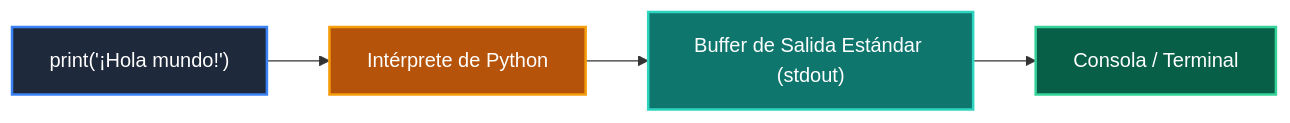
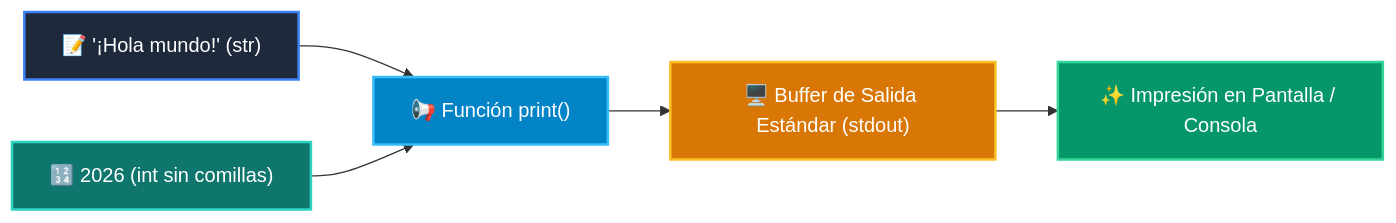
The diagram in 01-fundamentos-python/clase-01-panorama-general/ejemplos/ejemplo_01_print_y_mensajes/README.md (wisrovi/wisrovi-python), drawn with Mermaid before and after one commit. The commit also changed other lines of this file and 54 other files, not shown here.

Commit message:
refactor: clean repository root by moving maintenance scripts to scripts/ and restore rich high-contrast Mermaid diagrams for all classes and examples

````diff
--- a/01-fundamentos-python/clase-01-panorama-general/ejemplos/ejemplo_01_print_y_mensajes/README.md
+++ b/01-fundamentos-python/clase-01-panorama-general/ejemplos/ejemplo_01_print_y_mensajes/README.md
@@ -12,11 +12,13 @@
 ```mermaid
 flowchart LR
-    CODE["print('¡Hola mundo!')"] --> INT["Intérprete de Python"]
-    INT --> BUF["Buffer de Salida Estándar (stdout)"]
-    BUF --> CON["Consola / Terminal"]
+    TXT["📝 '¡Hola mundo!' (str)"] --> PRINT["📢 Función print()"]
+    NUM["🔢 2026 (int sin comillas)"] --> PRINT
+    PRINT --> STDOUT["🖥️ Buffer de Salida Estándar (stdout)"]
+    STDOUT --> CONSOLE["✨ Impresión en Pantalla / Consola"]
 
-    style CODE fill:#1e293b,color:#fff,stroke:#3b82f6,stroke-width:2px
-    style INT fill:#b45309,color:#fff,stroke:#f59e0b,stroke-width:2px
-    style BUF fill:#0f766e,color:#fff,stroke:#2dd4bf,stroke-width:2px
-    style CON fill:#065f46,color:#fff,stroke:#34d399,stroke-width:2px
+    style TXT fill:#1e293b,color:#ffffff,stroke:#3b82f6,stroke-width:2px
+    style NUM fill:#0f766e,color:#ffffff,stroke:#2dd4bf,stroke-width:2px
+    style PRINT fill:#0284c7,color:#ffffff,stroke:#38bdf8,stroke-width:2px
+    style STDOUT fill:#d97706,color:#ffffff,stroke:#fbbf24,stroke-width:2px
+    style CONSOLE fill:#059669,color:#ffffff,stroke:#34d399,stroke-width:2px
 ```
````
